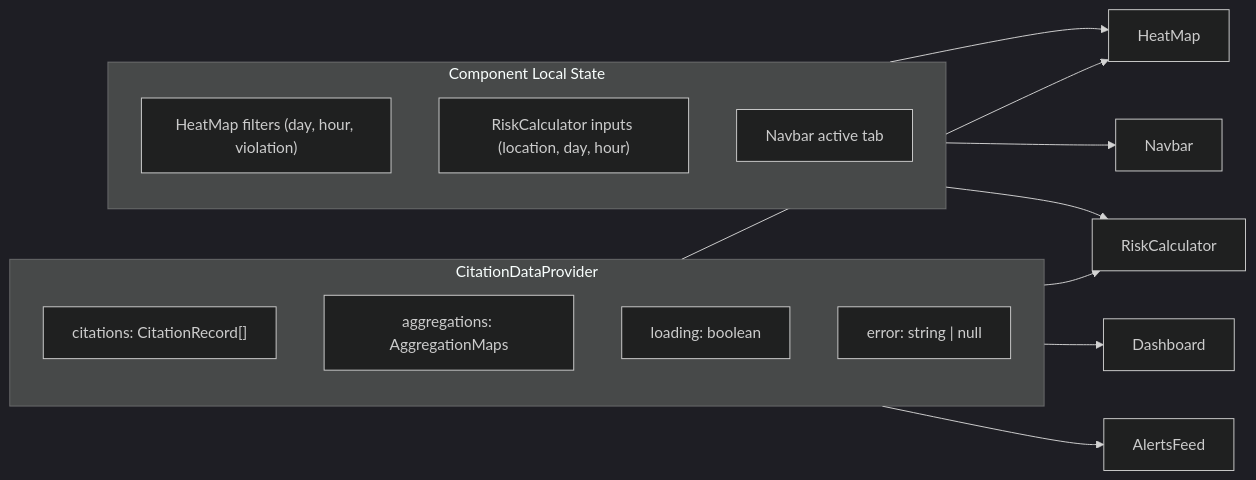
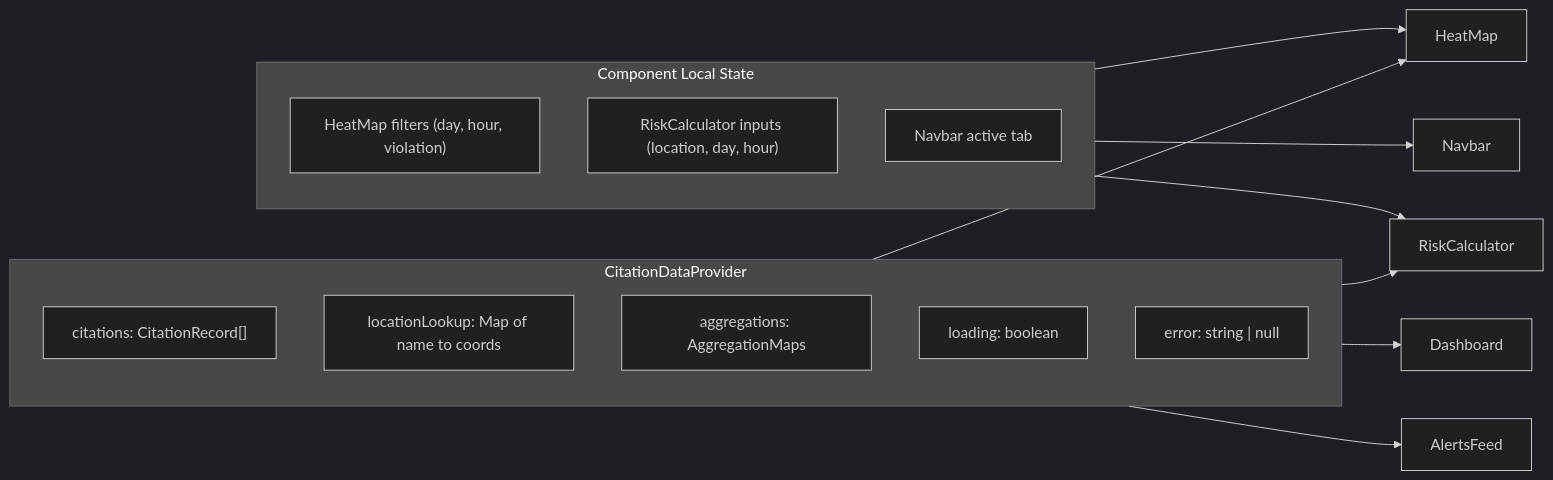
The fourth of 6 diagrams in ARCHITECTURE.md (dpushkaran/Atlas), drawn with Mermaid (dark theme) before and after one commit. The commit also changed other lines of this file and 3 other files, not shown here.

````diff
--- a/ARCHITECTURE.md
+++ b/ARCHITECTURE.md
@@ -265,24 +277,25 @@
 ```mermaid
 flowchart LR
     subgraph contextProvider [CitationDataProvider]
         citations["citations: CitationRecord[]"]
+        locationLookup["locationLookup: Map of name to coords"]
         aggregations["aggregations: AggregationMaps"]
         loading["loading: boolean"]
         error["error: string | null"]
     end
 
     subgraph localState [Component Local State]
         filters["HeatMap filters (day, hour, violation)"]
         riskInputs["RiskCalculator inputs (location, day, hour)"]
         activeTab["Navbar active tab"]
     end
 
     contextProvider --> HeatMap_comp["HeatMap"]
     contextProvider --> RiskCalc_comp["RiskCalculator"]
     contextProvider --> Dashboard_comp["Dashboard"]
     contextProvider --> Alerts_comp["AlertsFeed"]
 
     localState --> HeatMap_comp
     localState --> RiskCalc_comp
     localState --> Navbar_comp["Navbar"]
 ```
````
